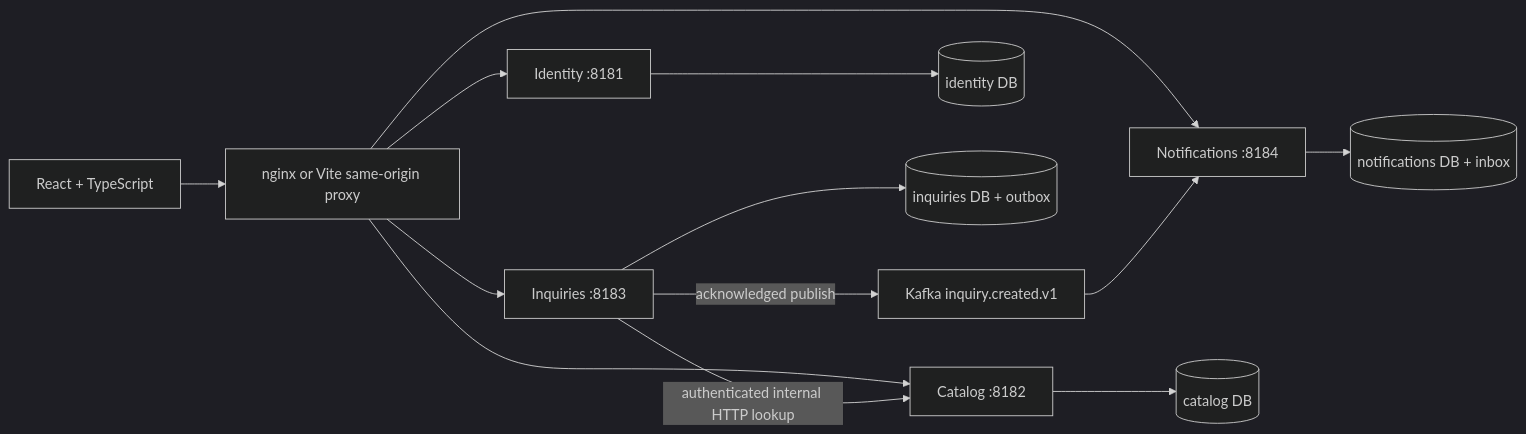
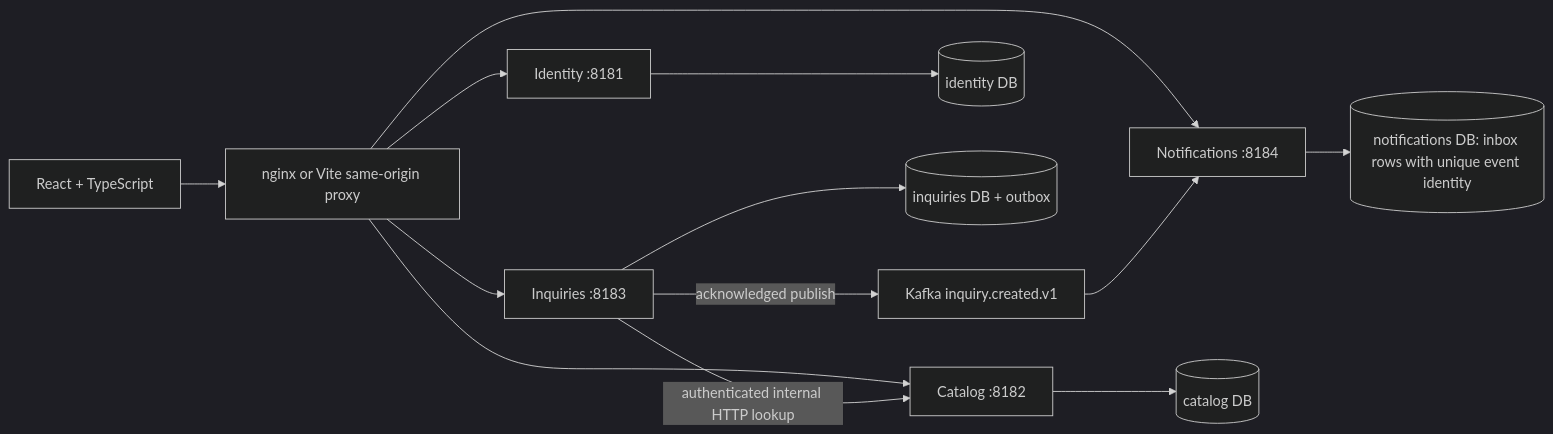
The first of 2 diagrams in docs/architecture.md (robertovalencia/linked-in-node-and-aws), drawn with Mermaid (dark theme) before and after one commit. The commit also changed other lines of this file and 31 other files, not shown here.

````diff
--- a/docs/architecture.md
+++ b/docs/architecture.md
@@ -5,15 +5,15 @@
 ```mermaid
 flowchart LR
   Browser[React + TypeScript] --> Edge[nginx or Vite same-origin proxy]
   Edge --> Identity[Identity :8181]
   Edge --> Catalog[Catalog :8182]
   Edge --> Inquiries[Inquiries :8183]
   Edge --> Notifications[Notifications :8184]
   Identity --> ID[(identity DB)]
   Catalog --> CD[(catalog DB)]
   Inquiries --> QD[(inquiries DB + outbox)]
-  Notifications --> ND[(notifications DB + inbox)]
+  Notifications --> ND[(notifications DB: inbox rows with unique event identity)]
   Inquiries -- authenticated internal HTTP lookup --> Catalog
   Inquiries -- acknowledged publish --> Kafka[Kafka inquiry.created.v1]
   Kafka --> Notifications
 ```
````
